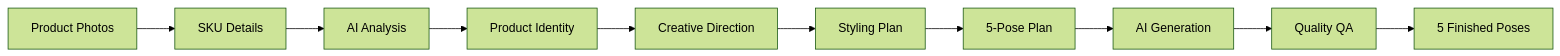
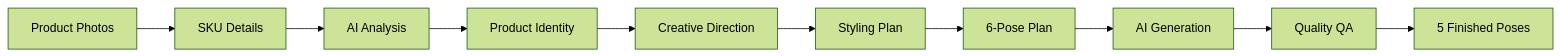
Before and after one commit to pawanshukla500/aistudio-youthnic: the first of 2 diagrams in youthnic-ai-studio-docs/introduction/product-tour.mdx, drawn with Mermaid (forest theme). The commit also changed other lines of this file and 72 other files, not shown here.

````diff
--- a/youthnic-ai-studio-docs/introduction/product-tour.mdx
+++ b/youthnic-ai-studio-docs/introduction/product-tour.mdx
@@ -16,12 +16,12 @@
 ```mermaid
 flowchart LR
     A[Product Photos] --> B[SKU Details]
     B --> C[AI Analysis]
     C --> D[Product Identity]
     D --> E[Creative Direction]
     E --> F[Styling Plan]
-    F --> G[5-Pose Plan]
+    F --> G[6-Pose Plan]
     G --> H[AI Generation]
     H --> I[Quality QA]
     I --> J[5 Finished Poses]
 ```
````
